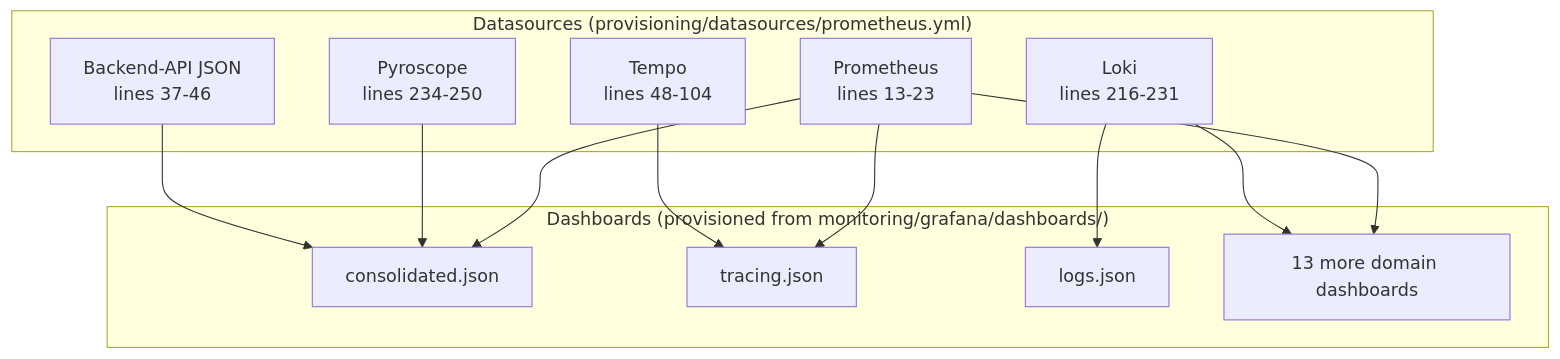
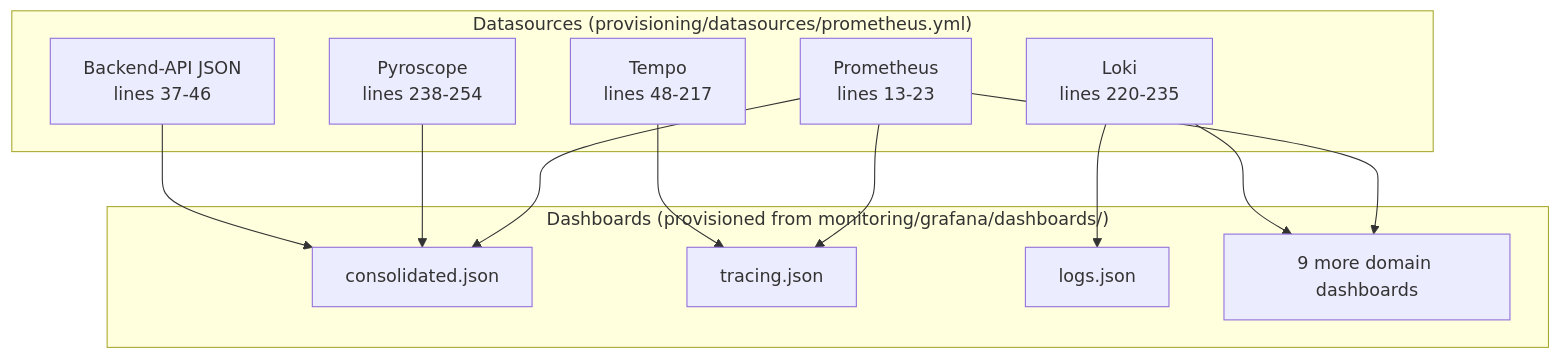
One commit to mikesvoboda/nemotron-v3-home-security-intelligence changed the diagram in docs/architecture/observability/grafana-dashboards.md. Above: the diagram before and after it, drawn with Mermaid. The commit also changed other lines of this file and 6 other files, not shown here.

First line of the commit message:
docs(architecture): re-pin seven pages to the shipped ai-vlm topology

````diff
--- a/docs/architecture/observability/grafana-dashboards.md
+++ b/docs/architecture/observability/grafana-dashboards.md
@@ -31,26 +31,26 @@
 ```mermaid
 graph TD
     subgraph "Datasources (provisioning/datasources/prometheus.yml)"
         PROM[Prometheus<br/>lines 13-23]
-        LOKI[Loki<br/>lines 216-231]
-        TEMPO[Tempo<br/>lines 48-104]
-        PYRO[Pyroscope<br/>lines 234-250]
+        LOKI[Loki<br/>lines 220-235]
+        TEMPO[Tempo<br/>lines 48-217]
+        PYRO[Pyroscope<br/>lines 238-254]
         API[Backend-API JSON<br/>lines 37-46]
     end
 
     subgraph "Dashboards (provisioned from monitoring/grafana/dashboards/)"
         CONS[consolidated.json]
         TRAC[tracing.json]
         LOGS[logs.json]
-        EXTRA[13 more domain dashboards]
+        EXTRA[9 more domain dashboards]
     end
 
     PROM --> CONS
     PROM --> TRAC
     LOKI --> LOGS
     TEMPO --> TRAC
     PYRO --> CONS
     API --> CONS
     PROM --> EXTRA
     LOKI --> EXTRA
 ```
````
